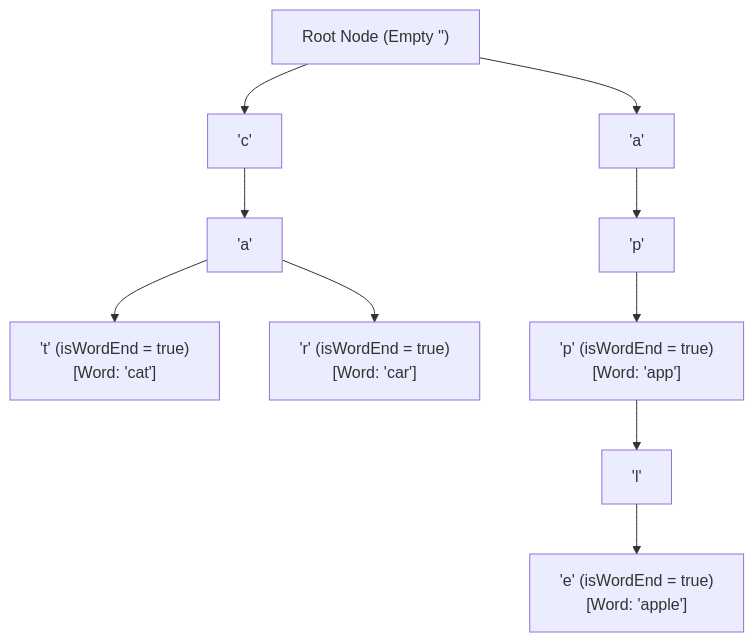
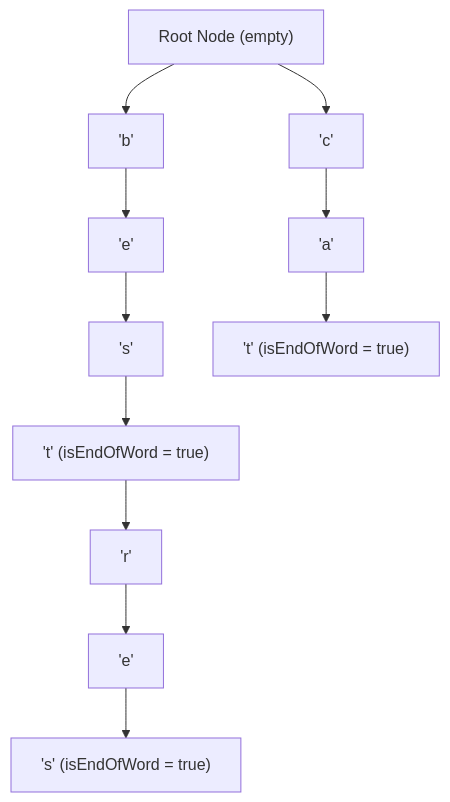
The diagram in js-dsa/15-tries.md (Amie-dev/engineering-playbook), drawn with Mermaid before and after one commit. The commit also changed other lines of this file and 24 other files, not shown here.

````diff
--- a/js-dsa/15-tries.md
+++ b/js-dsa/15-tries.md
@@ -13,14 +7,15 @@
 ```mermaid
-graph TD
-    Root["Root Node (Empty '')"] --> C_c["'c'"]
-    Root --> C_a["'a'"]
-
-    C_c --> C_a2["'a'"]
-    C_a2 --> C_t["'t' (isWordEnd = true)<br/>[Word: 'cat']"]
-    C_a2 --> C_r["'r' (isWordEnd = true)<br/>[Word: 'car']"]
-
-    C_a --> C_p1["'p'"]
-    C_p1 --> C_p2["'p' (isWordEnd = true)<br/>[Word: 'app']"]
-    C_p2 --> C_l["'l'"]
-    C_l --> C_e["'e' (isWordEnd = true)<br/>[Word: 'apple']"]
+flowchart TD
+    Root["Root Node (empty)"] --> B["'b'"]
+    B --> E["'e'"]
+    E --> S["'s'"]
+    S --> T["'t' (isEndOfWord = true)"]
+    
+    T --> R["'r'"]
+    R --> E2["'e'"]
+    E2 --> S2["'s' (isEndOfWord = true)"]
+    
+    Root --> C["'c'"]
+    C --> A["'a'"]
+    A --> T2["'t' (isEndOfWord = true)"]
 ```
````
